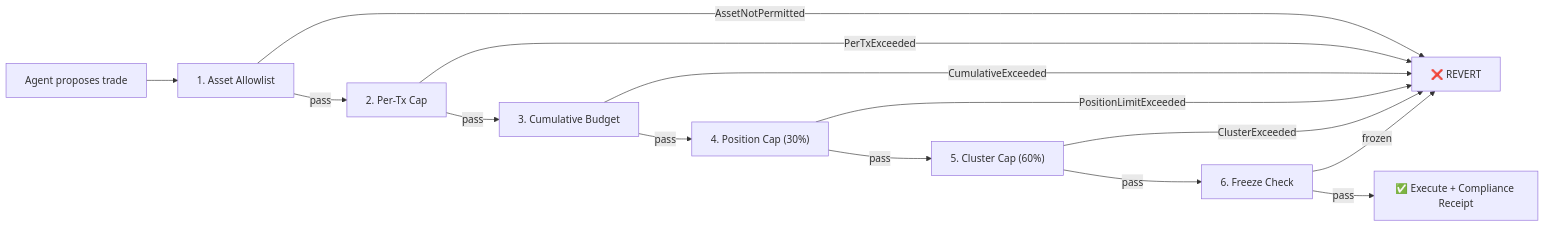
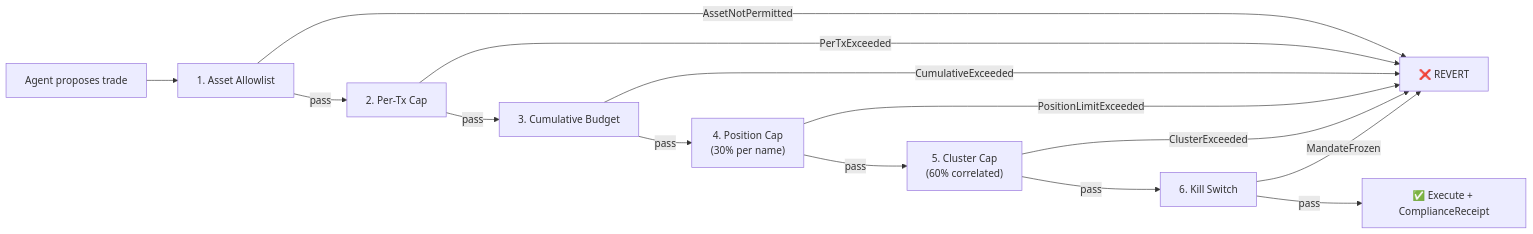
One commit to Nidhicodes/Mandate-Sui changed the first of 2 diagrams in README.md. Above: the diagram before and after it, drawn with Mermaid. The commit also changed other lines of this file, not shown here.

````diff
--- a/README.md
+++ b/README.md
@@ -102,16 +79,16 @@
 ```mermaid
 flowchart LR
     T["Agent proposes trade"] --> L1["1. Asset Allowlist"]
     L1 -->|"AssetNotPermitted"| REVERT["❌ REVERT"]
     L1 -->|pass| L2["2. Per-Tx Cap"]
     L2 -->|"PerTxExceeded"| REVERT
     L2 -->|pass| L3["3. Cumulative Budget"]
     L3 -->|"CumulativeExceeded"| REVERT
-    L3 -->|pass| L4["4. Position Cap (30%)"]
+    L3 -->|pass| L4["4. Position Cap\n(30% per name)"]
     L4 -->|"PositionLimitExceeded"| REVERT
-    L4 -->|pass| L5["5. Cluster Cap (60%)"]
+    L4 -->|pass| L5["5. Cluster Cap\n(60% correlated)"]
     L5 -->|"ClusterExceeded"| REVERT
-    L5 -->|pass| L6["6. Freeze Check"]
-    L6 -->|frozen| REVERT
-    L6 -->|pass| EXEC["✅ Execute + Compliance Receipt"]
+    L5 -->|pass| L6["6. Kill Switch"]
+    L6 -->|"MandateFrozen"| REVERT
+    L6 -->|pass| EXEC["✅ Execute + ComplianceReceipt"]
 ```
````
